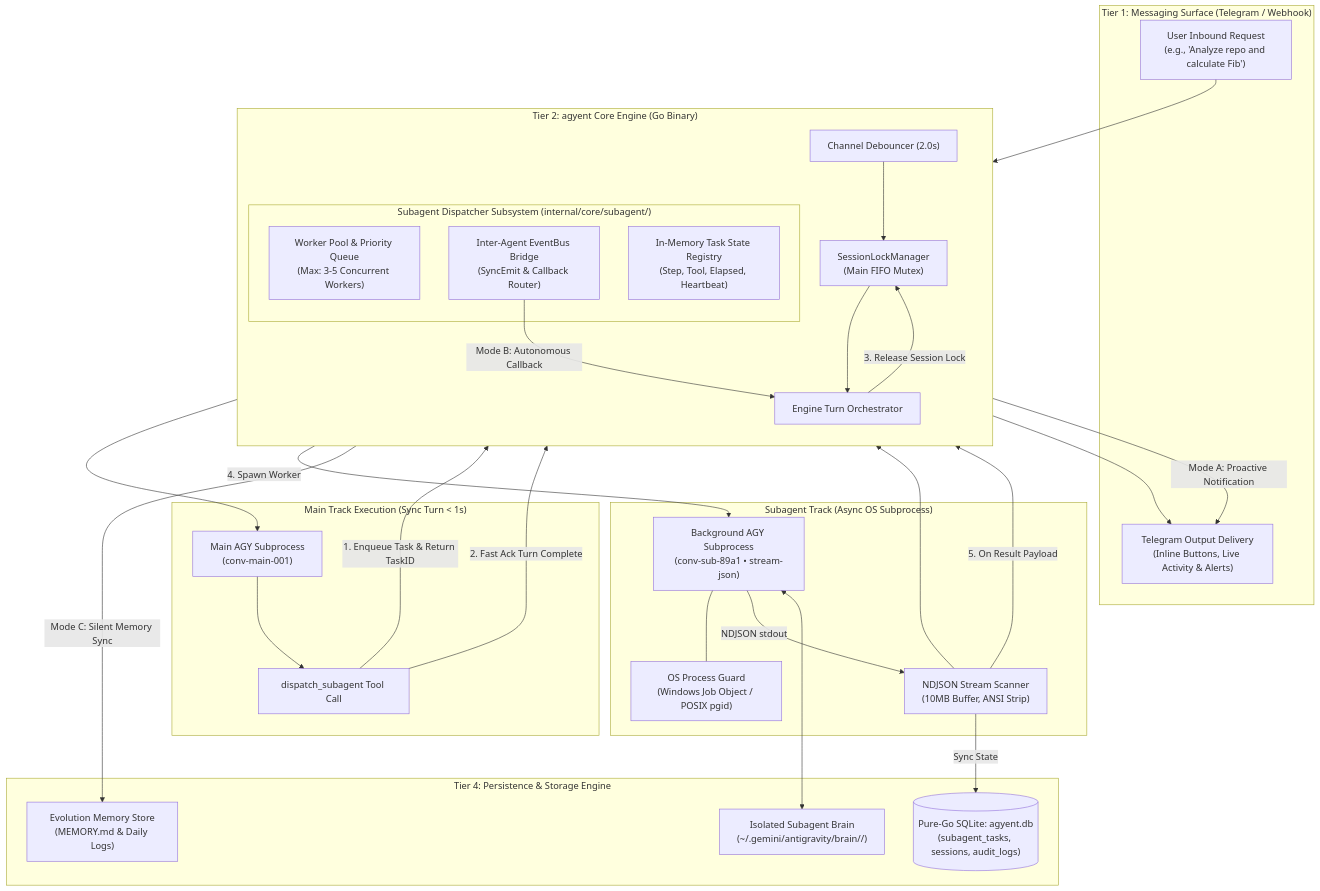
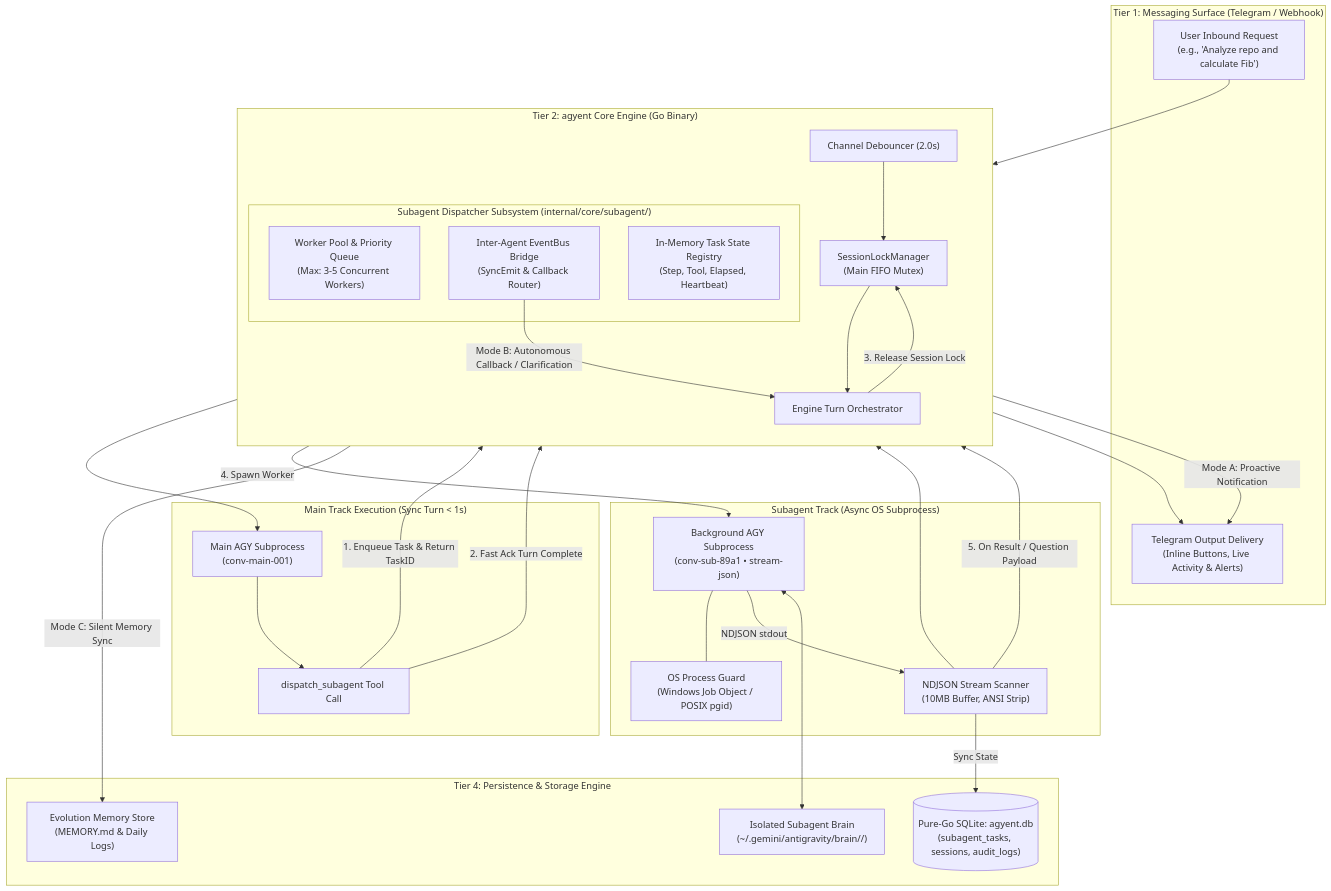
The first of 3 diagrams in docs/subagent-architecture.md (khanhbkqt/agyent), drawn with Mermaid before and after one commit. The commit also changed other lines of this file and 1 other file, not shown here.

Commit message:
docs(subagent): add WAITING_FOR_INPUT multi-turn continuation and clarification specifications

````diff
--- a/docs/subagent-architecture.md
+++ b/docs/subagent-architecture.md
@@ -26,57 +27,57 @@
 ```mermaid
 flowchart TB
     subgraph Channels ["Tier 1: Messaging Surface (Telegram / Webhook)"]
         UserMsg["User Inbound Request\n(e.g., 'Analyze repo and calculate Fib')"]
         TelegramOut["Telegram Output Delivery\n(Inline Buttons, Live Activity & Alerts)"]
     end
 
     subgraph CoreDaemon ["Tier 2: agyent Core Engine (Go Binary)"]
         direction TB
         Debounce["Channel Debouncer (2.0s)"]
         LockMgr["SessionLockManager\n(Main FIFO Mutex)"]
         EngineRouter["Engine Turn Orchestrator"]
         
         subgraph SubagentSubsystem ["Subagent Dispatcher Subsystem (internal/core/subagent/)"]
             TaskQueue["Worker Pool & Priority Queue\n(Max: 3-5 Concurrent Workers)"]
             StateRegistry["In-Memory Task State Registry\n(Step, Tool, Elapsed, Heartbeat)"]
             EventBridge["Inter-Agent EventBus Bridge\n(SyncEmit & Callback Router)"]
         end
     end
 
     subgraph MainExecution ["Main Track Execution (Sync Turn < 1s)"]
         MainHarness["Main AGY Subprocess\n(conv-main-001)"]
         ToolCall["dispatch_subagent Tool Call"]
     end
 
     subgraph SubagentExecution ["Subagent Track (Async OS Subprocess)"]
         SubHarness["Background AGY Subprocess\n(conv-sub-89a1 • stream-json)"]
         JobGuard["OS Process Guard\n(Windows Job Object / POSIX pgid)"]
         NDJSONScanner["NDJSON Stream Scanner\n(10MB Buffer, ANSI Strip)"]
     end
 
     subgraph StorageTier ["Tier 4: Persistence & Storage Engine"]
         SQLiteDB[("Pure-Go SQLite: agyent.db\n(subagent_tasks, sessions, audit_logs)")]
         SubBrain["Isolated Subagent Brain\n(~/.gemini/antigravity/brain/<sub_id>/)"]
         MemoryStore["Evolution Memory Store\n(MEMORY.md & Daily Logs)"]
     end
 
     UserMsg --> Debounce --> LockMgr --> EngineRouter
     EngineRouter --> MainHarness
     MainHarness --> ToolCall
     ToolCall -->|1. Enqueue Task & Return TaskID| TaskQueue
     ToolCall -->|2. Fast Ack Turn Complete| EngineRouter
     EngineRouter -->|3. Release Session Lock| LockMgr
     EngineRouter --> TelegramOut
 
     TaskQueue -->|4. Spawn Worker| SubHarness
     SubHarness --- JobGuard
     SubHarness -->|NDJSON stdout| NDJSONScanner
     NDJSONScanner --> StateRegistry
     NDJSONScanner -->|Sync State| SQLiteDB
     SubHarness <--> SubBrain
 
-    NDJSONScanner -->|5. On Result Payload| EventBridge
+    NDJSONScanner -->|5. On Result / Question Payload| EventBridge
     EventBridge -->|Mode A: Proactive Notification| TelegramOut
-    EventBridge -->|Mode B: Autonomous Callback| EngineRouter
+    EventBridge -->|Mode B: Autonomous Callback / Clarification| EngineRouter
     EventBridge -->|Mode C: Silent Memory Sync| MemoryStore
 ```
````
